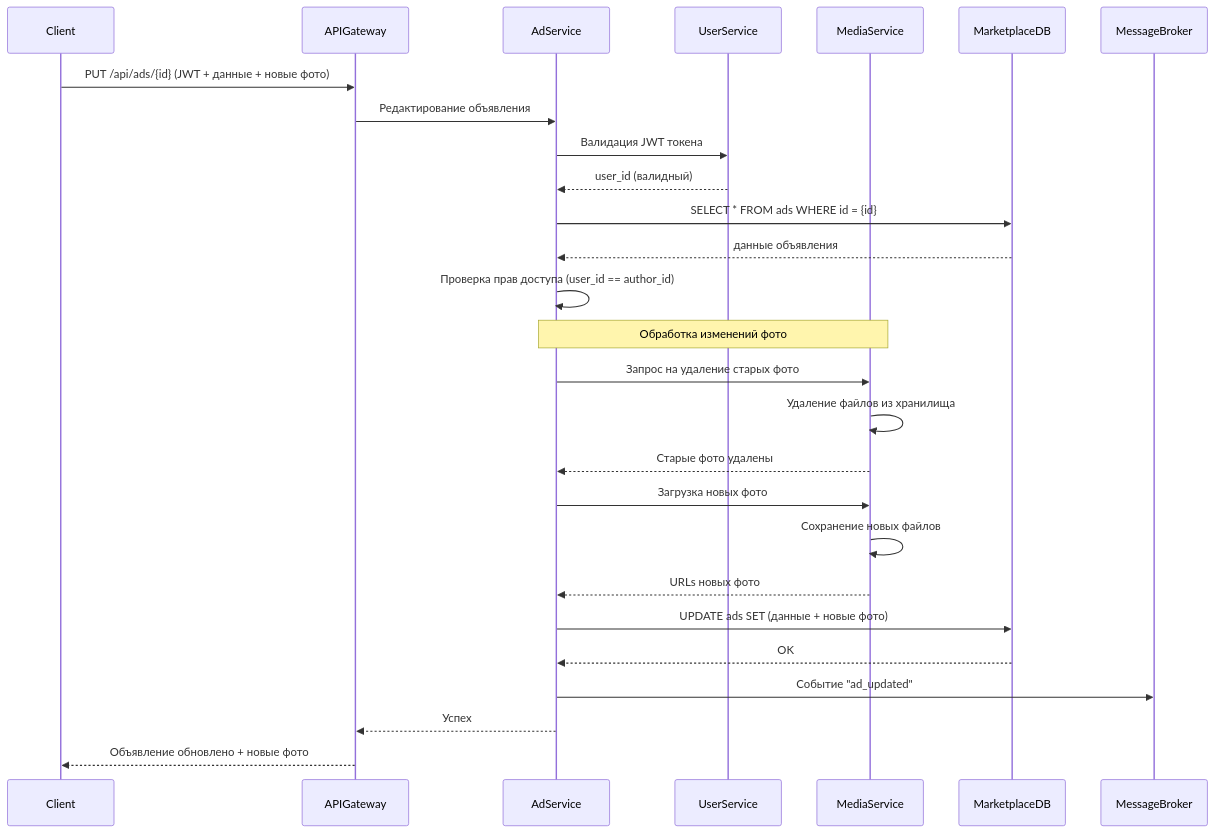
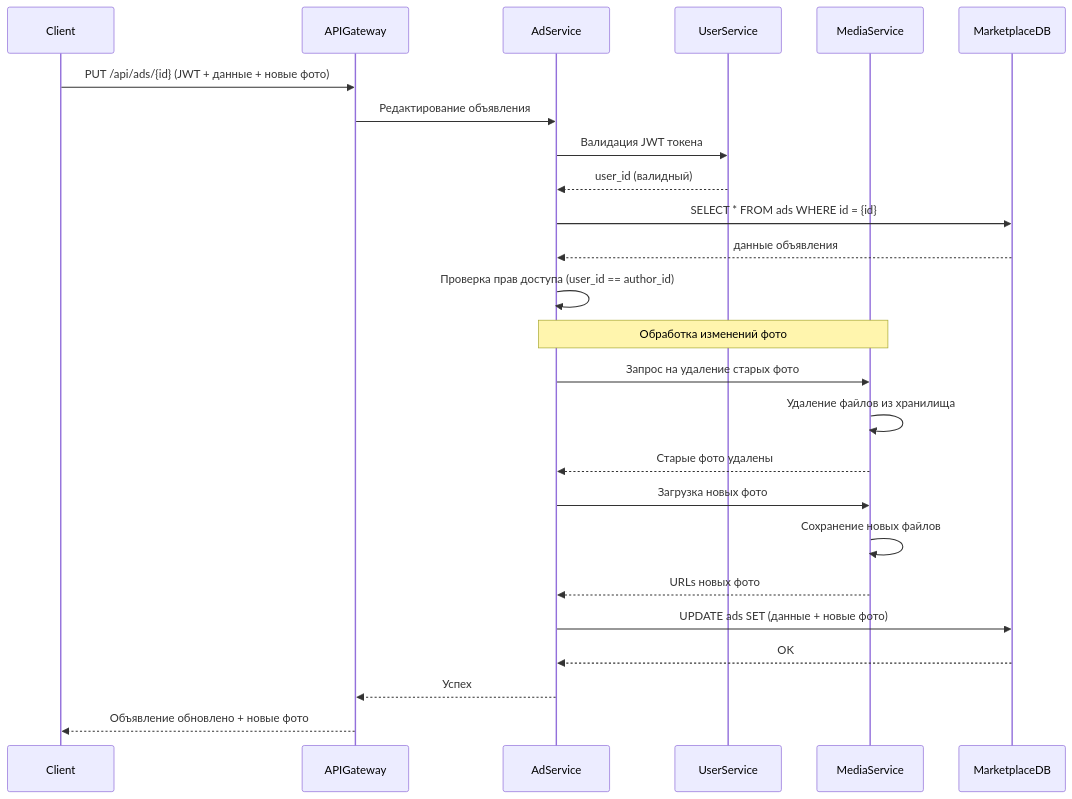
The fourth of 6 diagrams in docs/tr.md (spbu-ds-practicum-2025/78-pflops), drawn with Mermaid before and after one commit. The commit also changed other lines of this file, not shown here.

Commit message:
Update_6 docs/tr.md; fixed DoD, fix diagrams

````diff
--- a/docs/tr.md
+++ b/docs/tr.md
@@ -512,32 +236,27 @@
 ```mermaid
 sequenceDiagram
 participant Client
 participant APIGateway
 participant AdService
 participant UserService
 participant MediaService
 participant MarketplaceDB
-participant MessageBroker
-
 Client->>APIGateway: PUT /api/ads/{id} (JWT + данные + новые фото)
 APIGateway->>AdService: Редактирование объявления
 AdService->>UserService: Валидация JWT токена
 UserService-->>AdService: user_id (валидный)
 AdService->>MarketplaceDB: SELECT * FROM ads WHERE id = {id}
 MarketplaceDB-->>AdService: данные объявления
 AdService->>AdService: Проверка прав доступа (user_id == author_id)
-
 Note over AdService,MediaService: Обработка изменений фото
 AdService->>MediaService: Запрос на удаление старых фото
 MediaService->>MediaService: Удаление файлов из хранилища
 MediaService-->>AdService: Старые фото удалены
 AdService->>MediaService: Загрузка новых фото
 MediaService->>MediaService: Сохранение новых файлов
 MediaService-->>AdService: URLs новых фото
-
 AdService->>MarketplaceDB: UPDATE ads SET (данные + новые фото)
 MarketplaceDB-->>AdService: OK
-AdService->>MessageBroker: Событие "ad_updated"
 AdService-->>APIGateway: Успех
 APIGateway-->>Client: Объявление обновлено + новые фото
 ```
````
